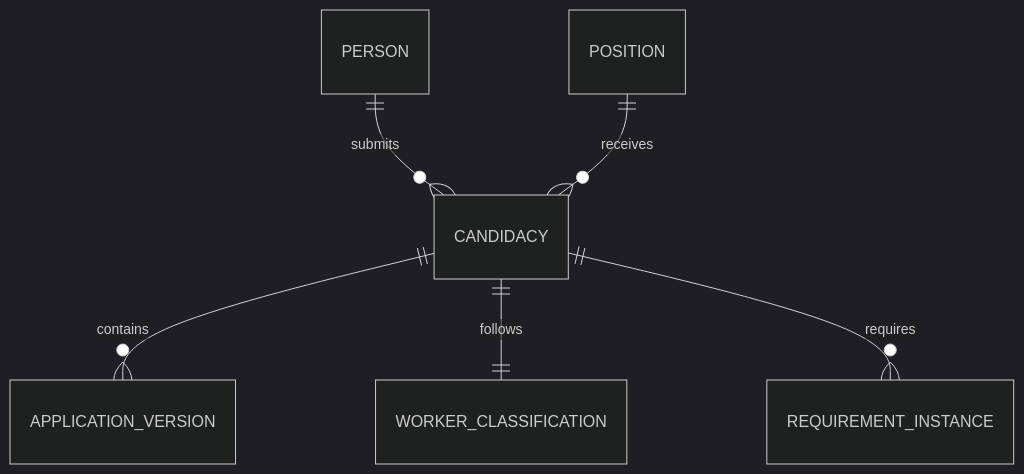
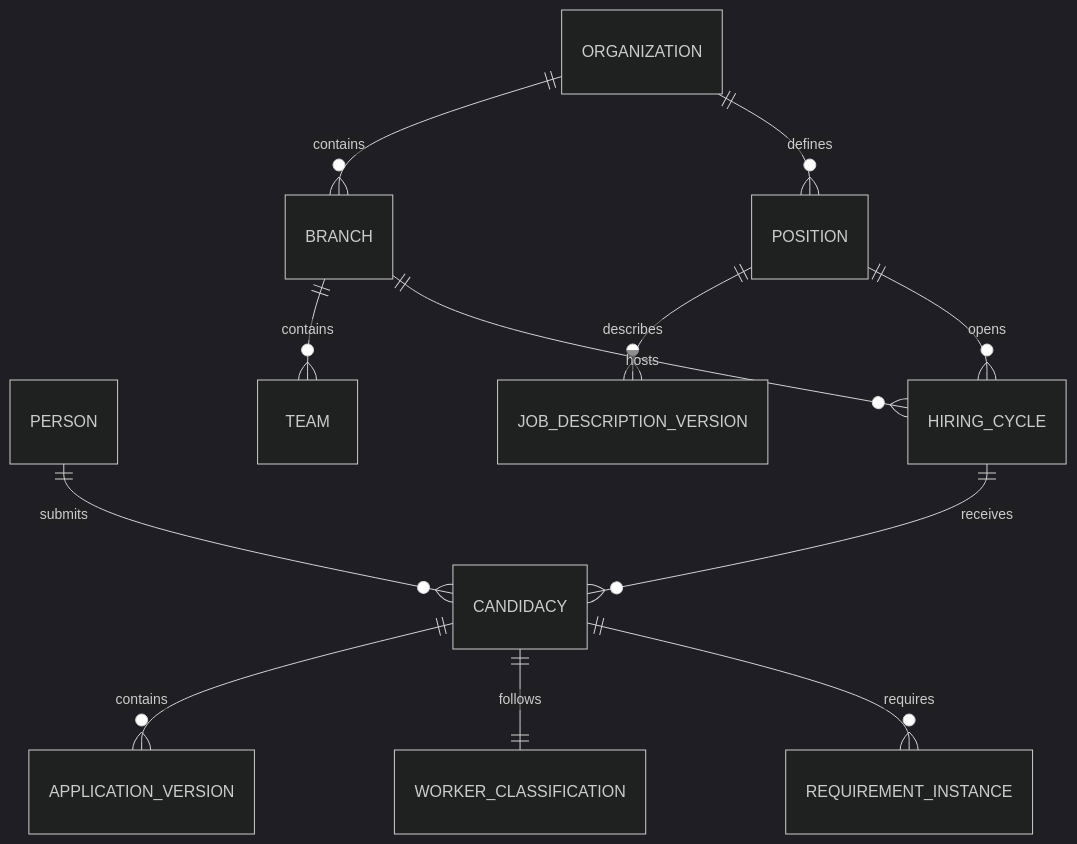
Before and after one commit to Mihir3502/DSC: the first of 3 diagrams in docs/DATA_MODEL.md, drawn with Mermaid (dark theme). The commit also changed other lines of this file and 101 other files, not shown here.

Commit message:
M2.1_ORGANIZATION_BRANCH_POSITION_HIRING_CYCLE

````diff
--- a/docs/DATA_MODEL.md
+++ b/docs/DATA_MODEL.md
@@ -72,8 +72,14 @@
 ```mermaid
 erDiagram
     PERSON ||--o{ CANDIDACY : submits
-    POSITION ||--o{ CANDIDACY : receives
+    ORGANIZATION ||--o{ BRANCH : contains
+    BRANCH ||--o{ TEAM : contains
+    ORGANIZATION ||--o{ POSITION : defines
+    POSITION ||--o{ JOB_DESCRIPTION_VERSION : describes
+    POSITION ||--o{ HIRING_CYCLE : opens
+    BRANCH ||--o{ HIRING_CYCLE : hosts
+    HIRING_CYCLE ||--o{ CANDIDACY : receives
     CANDIDACY ||--o{ APPLICATION_VERSION : contains
     CANDIDACY ||--|| WORKER_CLASSIFICATION : follows
     CANDIDACY ||--o{ REQUIREMENT_INSTANCE : requires
 ```
````
